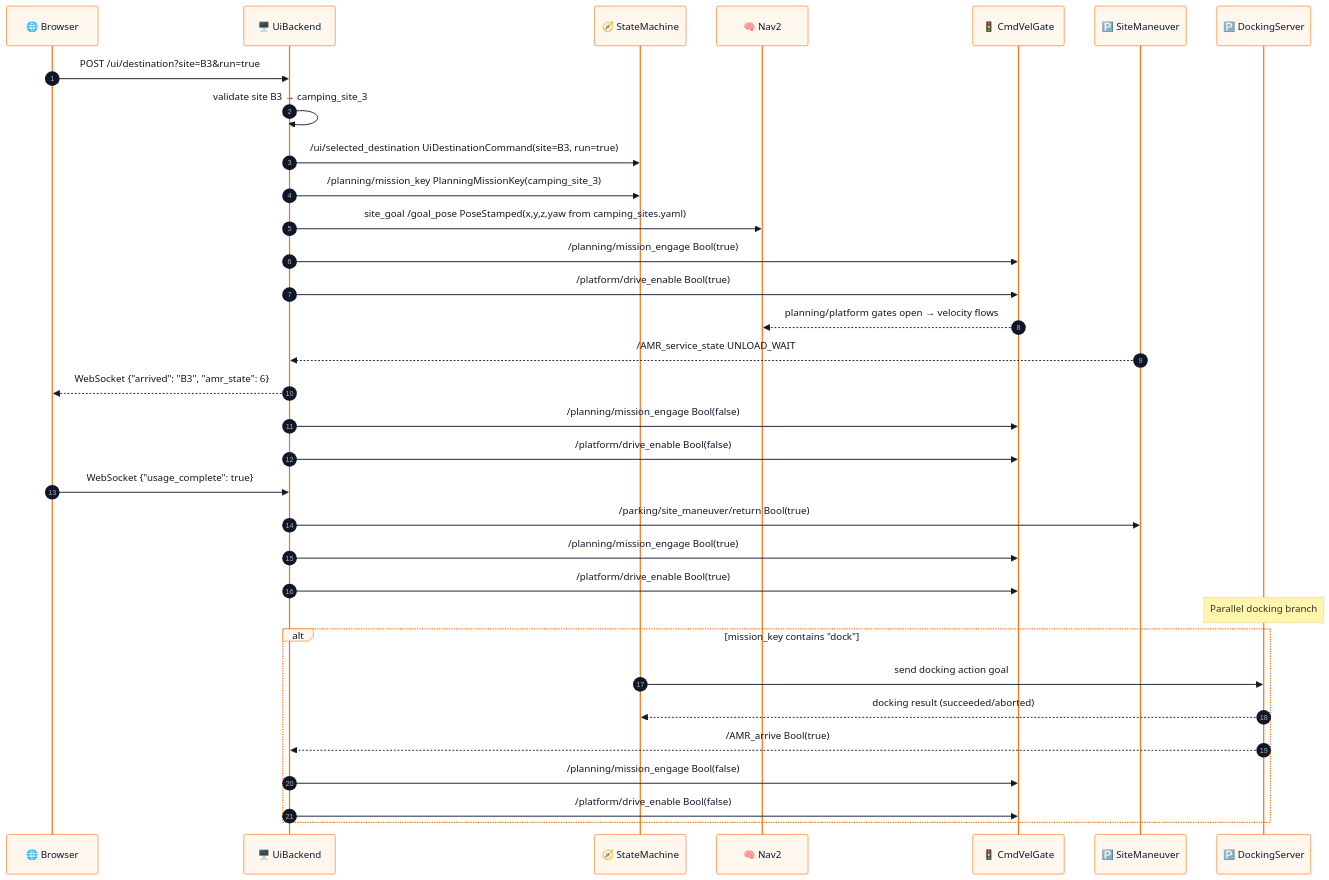
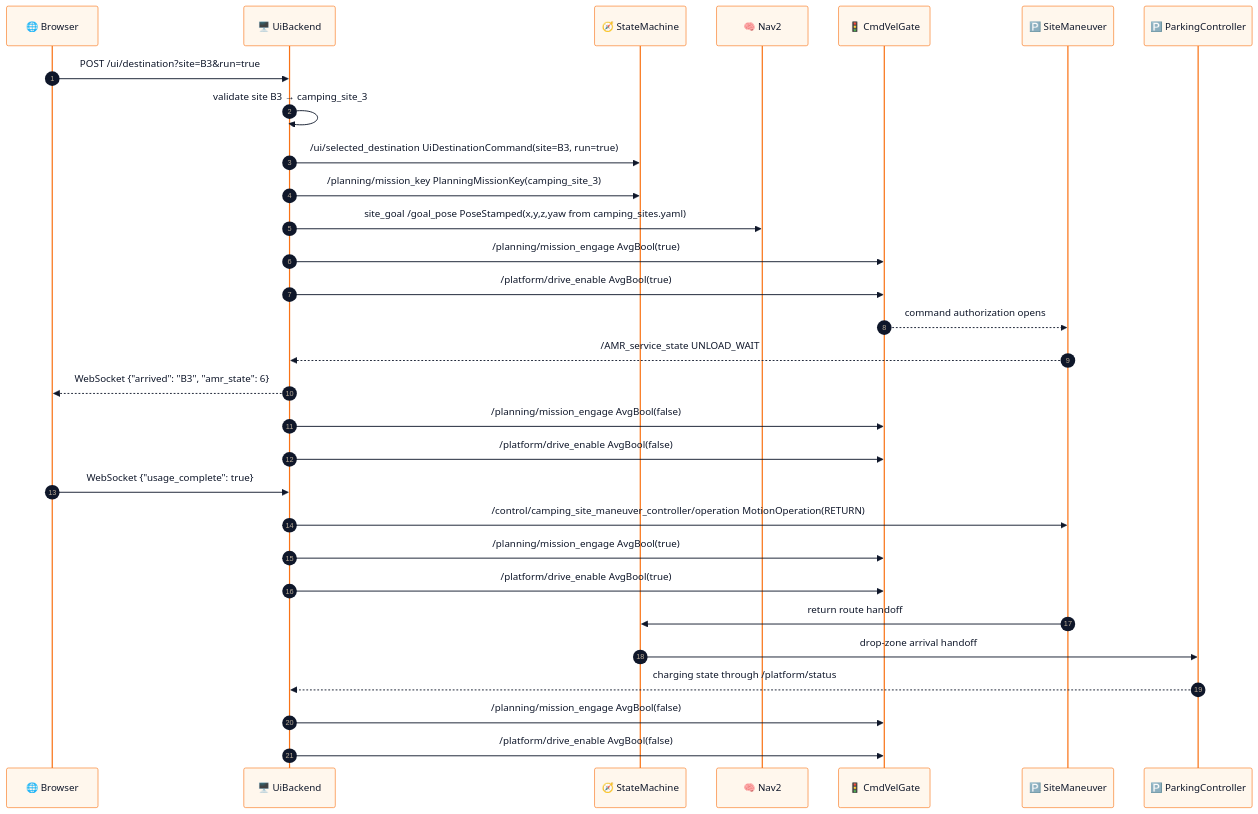
The third of 5 diagrams in camrod_ui/README.md (hwanhonglee/CAMROD), drawn with Mermaid before and after one commit. The commit also changed other lines of this file and 15 other files, not shown here.

````diff
--- a/camrod_ui/README.md
+++ b/camrod_ui/README.md
@@ -132,38 +132,34 @@
 ```mermaid
 %%{init: {'theme': 'base', 'themeVariables': {'fontFamily': 'ui-sans-serif, system-ui, sans-serif', 'fontSize': '14px', 'primaryColor': '#FFF7ED', 'primaryTextColor': '#0F172A', 'primaryBorderColor': '#F97316', 'lineColor': '#475569'}}}%%
 sequenceDiagram
   autonumber
   participant Browser as 🌐 Browser
   participant Backend as 🖥️ UiBackend
   participant SM as 🧭 StateMachine
   participant Nav2 as 🧠 Nav2
   participant Gate as 🚦 CmdVelGate
-  participant Parking as 🅿️ SiteManeuver
-  participant Dock as 🅿️ DockingServer
+  participant Control as 🅿️ SiteManeuver
+  participant Parking as 🅿️ ParkingController
 
   Browser->>Backend: POST /ui/destination?site=B3&run=true
   Backend->>Backend: validate site B3 → camping_site_3
   Backend->>SM: /ui/selected_destination UiDestinationCommand(site=B3, run=true)
   Backend->>SM: /planning/mission_key PlanningMissionKey(camping_site_3)
   Backend->>Nav2: site_goal /goal_pose PoseStamped(x,y,z,yaw from camping_sites.yaml)
-  Backend->>Gate: /planning/mission_engage Bool(true)
-  Backend->>Gate: /platform/drive_enable Bool(true)
-  Gate-->>Nav2: planning/platform gates open → velocity flows
-  Parking-->>Backend: /AMR_service_state UNLOAD_WAIT
+  Backend->>Gate: /planning/mission_engage AvgBool(true)
+  Backend->>Gate: /platform/drive_enable AvgBool(true)
+  Gate-->>Control: command authorization opens
+  Control-->>Backend: /AMR_service_state UNLOAD_WAIT
   Backend-->>Browser: WebSocket {"arrived": "B3", "amr_state": 6}
-  Backend->>Gate: /planning/mission_engage Bool(false)
-  Backend->>Gate: /platform/drive_enable Bool(false)
+  Backend->>Gate: /planning/mission_engage AvgBool(false)
+  Backend->>Gate: /platform/drive_enable AvgBool(false)
   Browser->>Backend: WebSocket {"usage_complete": true}
-  Backend->>Parking: /parking/site_maneuver/return Bool(true)
-  Backend->>Gate: /planning/mission_engage Bool(true)
-  Backend->>Gate: /platform/drive_enable Bool(true)
-
-  Note over Dock: Parallel docking branch
-  alt mission_key contains "dock"
-    SM->>Dock: send docking action goal
-    Dock-->>SM: docking result (succeeded/aborted)
-    Dock-->>Backend: /AMR_arrive Bool(true)
-    Backend->>Gate: /planning/mission_engage Bool(false)
-    Backend->>Gate: /platform/drive_enable Bool(false)
-  end
+  Backend->>Control: /control/camping_site_maneuver_controller/operation MotionOperation(RETURN)
+  Backend->>Gate: /planning/mission_engage AvgBool(true)
+  Backend->>Gate: /platform/drive_enable AvgBool(true)
+  Control->>SM: return route handoff
+  SM->>Parking: drop-zone arrival handoff
+  Parking-->>Backend: charging state through /platform/status
+  Backend->>Gate: /planning/mission_engage AvgBool(false)
+  Backend->>Gate: /platform/drive_enable AvgBool(false)
 ```
````
